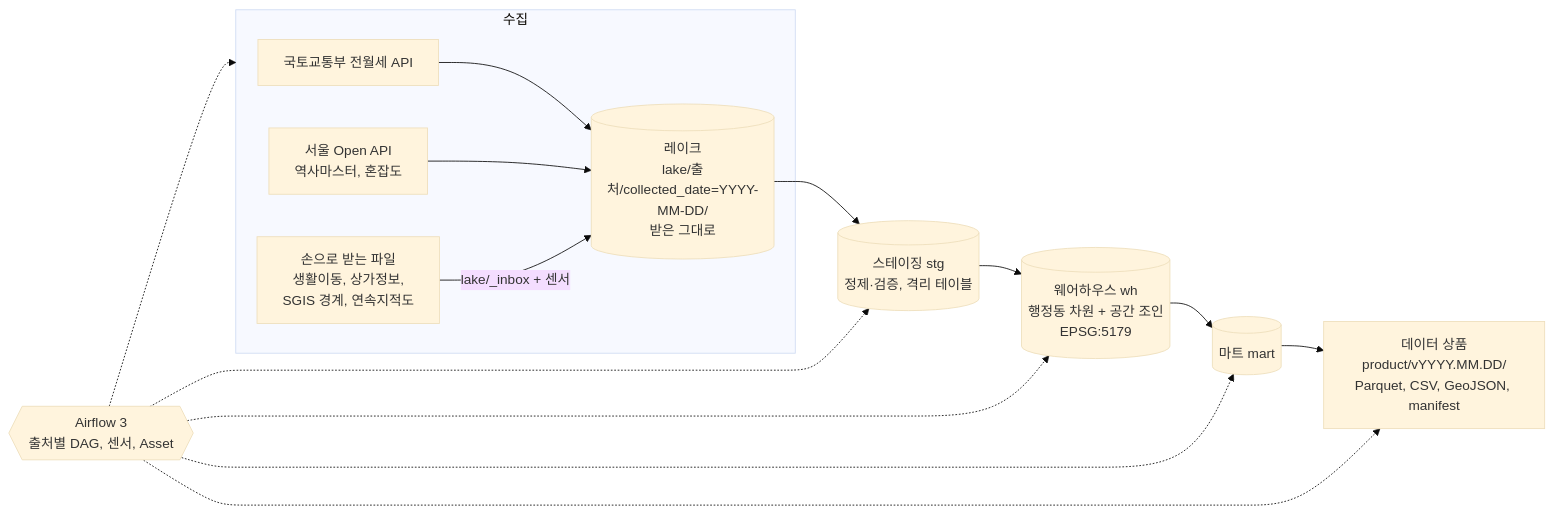
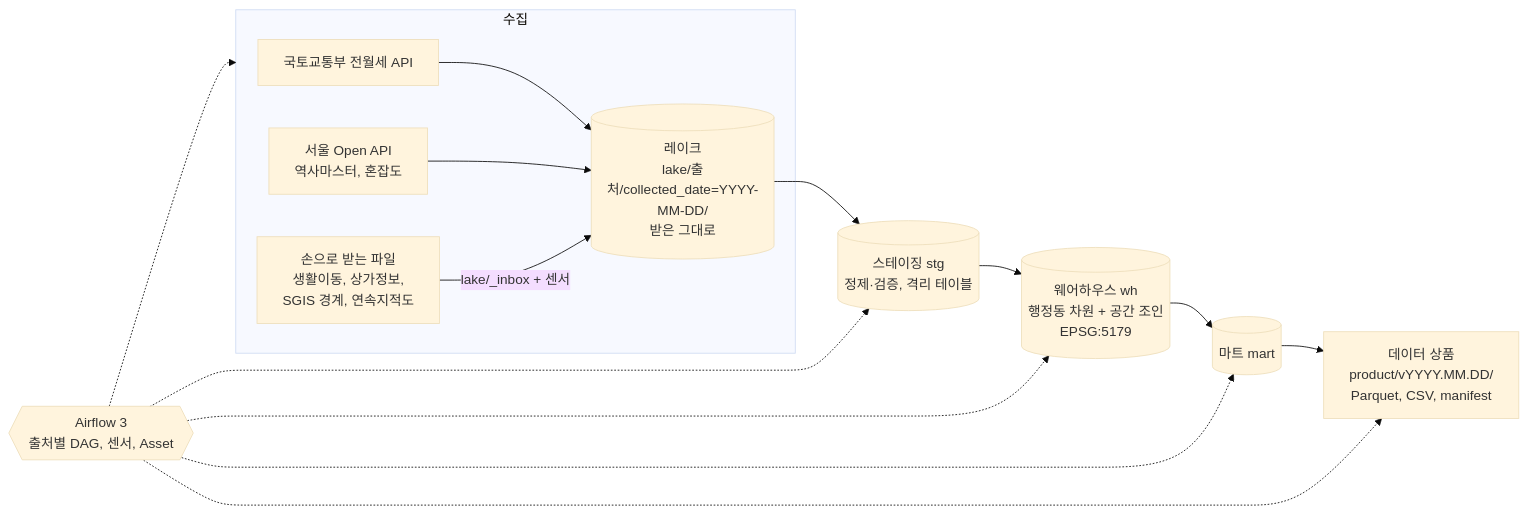
Before and after one commit to sozerong/home_in_seoul: the diagram in README.md, drawn with Mermaid (base theme). The commit also changed other lines of this file and 7 other files, not shown here.

````diff
--- a/README.md
+++ b/README.md
@@ -9,17 +9,17 @@
 ```mermaid
 flowchart LR
     subgraph 수집
         A1[국토교통부 전월세 API] --> L
         A2[서울 Open API<br>역사마스터, 혼잡도] --> L
         F1[손으로 받는 파일<br>생활이동, 상가정보,<br>SGIS 경계, 연속지적도] -->|lake/_inbox + 센서| L
     end
     L[(레이크<br>lake/출처/collected_date=YYYY-MM-DD/<br>받은 그대로)] --> S
     S[(스테이징 stg<br>정제·검증, 격리 테이블)] --> W
     W[(웨어하우스 wh<br>행정동 차원 + 공간 조인<br>EPSG:5179)] --> M
-    M[(마트 mart)] --> P[데이터 상품<br>product/vYYYY.MM.DD/<br>Parquet, CSV, GeoJSON, manifest]
+    M[(마트 mart)] --> P[데이터 상품<br>product/vYYYY.MM.DD/<br>Parquet, CSV, manifest]
     AF{{Airflow 3<br>출처별 DAG, 센서, Asset}} -.-> 수집
     AF -.-> S
     AF -.-> W
     AF -.-> M
     AF -.-> P
 ```
````
